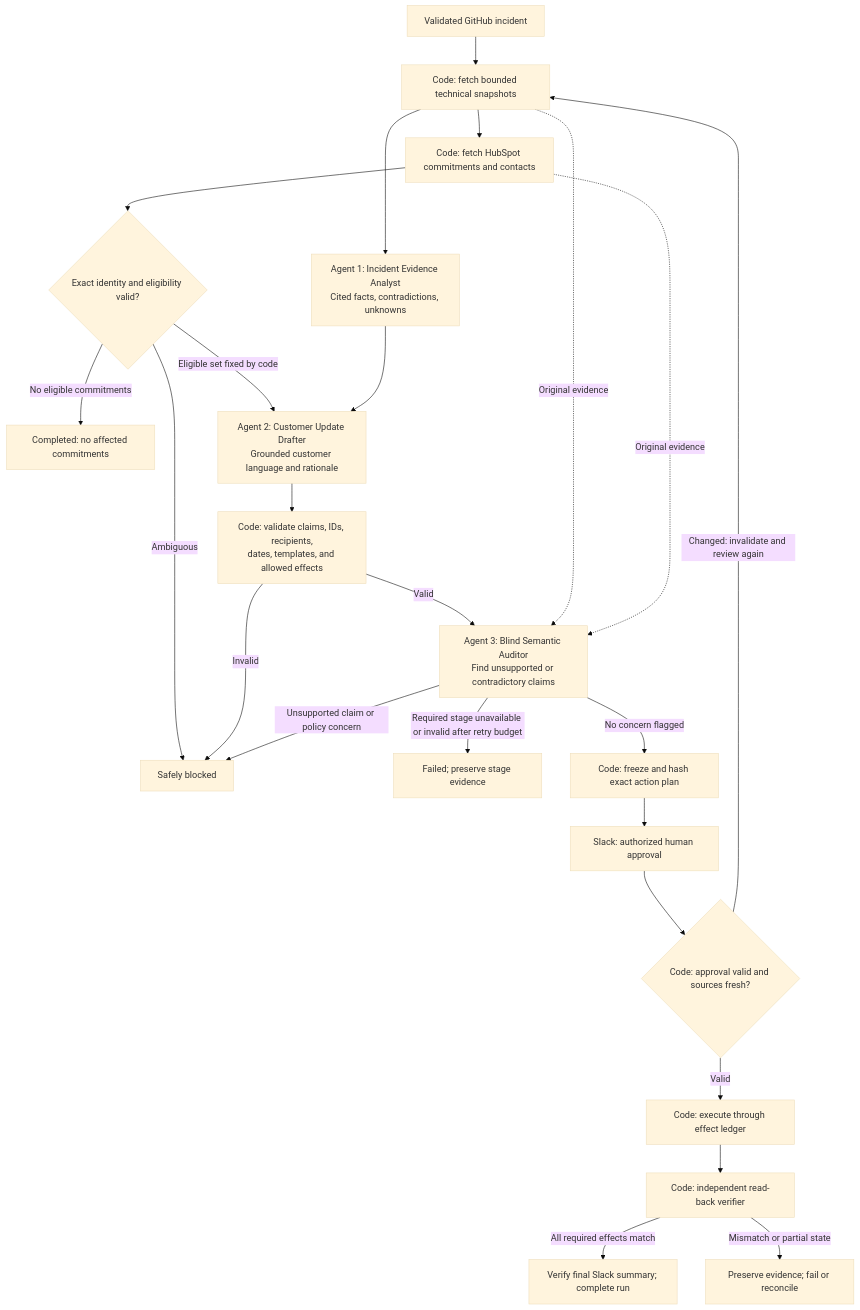
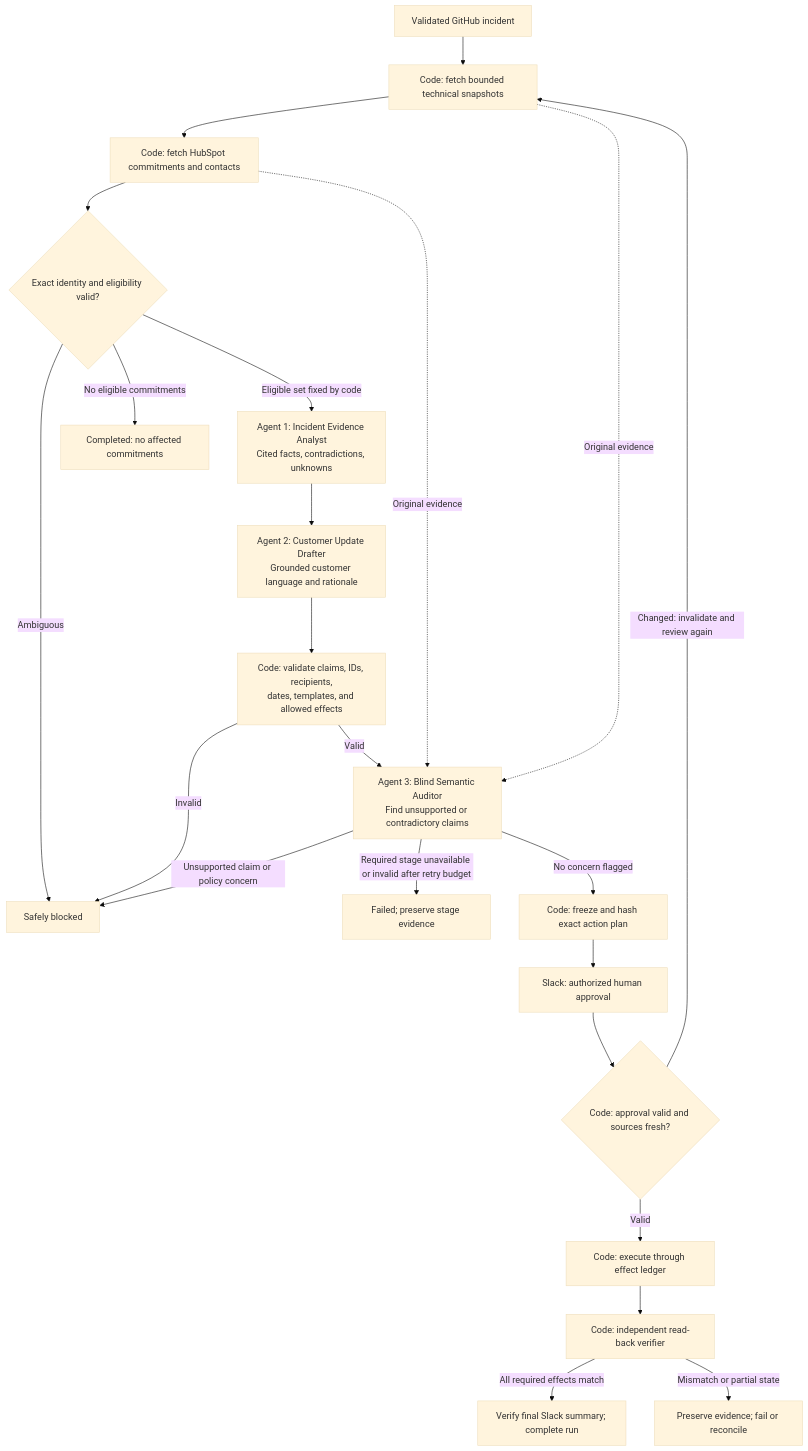
One commit to janmenjayap/multi-app_ai-agent_hackathon changed the second of 6 diagrams in ideation/promiseguard-architecture.md. Above: the diagram before and after it, drawn with Mermaid (base theme). The commit also changed other lines of this file and 103 other files, not shown here.

````diff
--- a/ideation/promiseguard-architecture.md
+++ b/ideation/promiseguard-architecture.md
@@ -197,26 +256,25 @@
 ```mermaid
 flowchart TD
     Start["Validated GitHub incident"] --> Technical["Code: fetch bounded technical snapshots"]
-    Technical --> Analyst["Agent 1: Incident Evidence Analyst<br/>Cited facts, contradictions, unknowns"]
     Technical --> Customer["Code: fetch HubSpot commitments and contacts"]
     Customer --> Selection{"Exact identity and eligibility valid?"}
     Selection -->|"Ambiguous"| Block["Safely blocked"]
     Selection -->|"No eligible commitments"| NoAction["Completed: no affected commitments"]
-    Selection -->|"Eligible set fixed by code"| Drafter
+    Selection -->|"Eligible set fixed by code"| Analyst["Agent 1: Incident Evidence Analyst<br/>Cited facts, contradictions, unknowns"]
     Analyst --> Drafter["Agent 2: Customer Update Drafter<br/>Grounded customer language and rationale"]
     Drafter --> Gate["Code: validate claims, IDs, recipients,<br/>dates, templates, and allowed effects"]
     Gate -->|"Invalid"| Block
     Gate -->|"Valid"| Auditor["Agent 3: Blind Semantic Auditor<br/>Find unsupported or contradictory claims"]
     Technical -.->|"Original evidence"| Auditor
     Customer -.->|"Original evidence"| Auditor
     Auditor -->|"Unsupported claim or policy concern"| Block
     Auditor -->|"Required stage unavailable or invalid after retry budget"| Failure["Failed; preserve stage evidence"]
     Auditor -->|"No concern flagged"| Plan["Code: freeze and hash exact action plan"]
     Plan --> Approval["Slack: authorized human approval"]
     Approval --> Fresh{"Code: approval valid and sources fresh?"}
     Fresh -->|"Changed: invalidate and review again"| Technical
     Fresh -->|"Valid"| Execute["Code: execute through effect ledger"]
     Execute --> Verify["Code: independent read-back verifier"]
     Verify -->|"All required effects match"| Summary["Verify final Slack summary; complete run"]
     Verify -->|"Mismatch or partial state"| Repair["Preserve evidence; fail or reconcile"]
 ```
````
